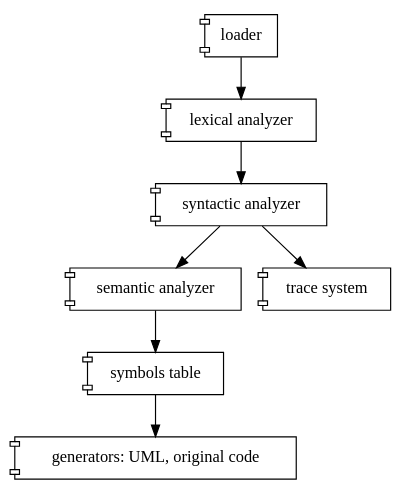
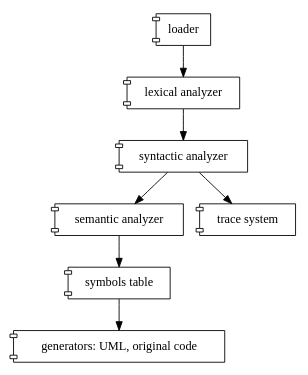
Before and after one commit to fructu/abidos_cpp_doc: the diagram in programmer_manual/chapter_architecture/components_01.dot, drawn with Graphviz. The commit also changed 12 other files, not shown here.

```diff
--- a/programmer_manual/chapter_architecture/components_01.dot
+++ b/programmer_manual/chapter_architecture/components_01.dot
@@ -1,48 +1,48 @@
 digraph R {
-  size ="4, 6!";
+  size ="3, 4!";
   fontsize = 6;
 //  rankdir=LR;
 //  node [style=rounded]
 
   loader [
     shape="component",
     label="loader"
   ]
 
   lexical_analyzer [
     shape="component",
     label="lexical analyzer"
   ]
 
   syntactic_analyzer [
     shape="component",
     label="syntactic analyzer"
   ]
 
   semantic_analyzer [
     shape="component",
     label="semantic analyzer"
   ]
 
   symbols_table [
     shape="component",
     label="symbols table"
   ]
 
   generators [
     shape="component",
     label="generators: UML, original code"
   ]
 
   trace_system [
     shape=component,
     label="trace system"
   ]
 
    loader->lexical_analyzer;
    lexical_analyzer->syntactic_analyzer;
    syntactic_analyzer->semantic_analyzer;
    semantic_analyzer->symbols_table;
    symbols_table->generators;
    syntactic_analyzer->trace_system;
 }
```
